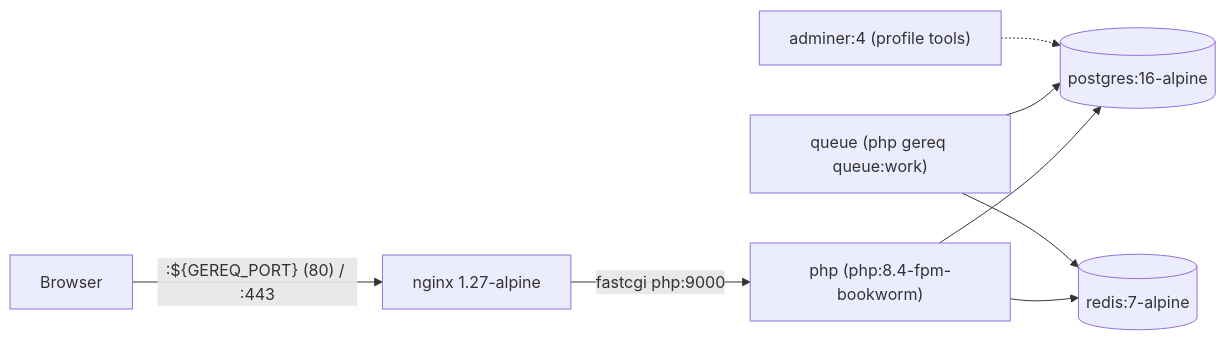
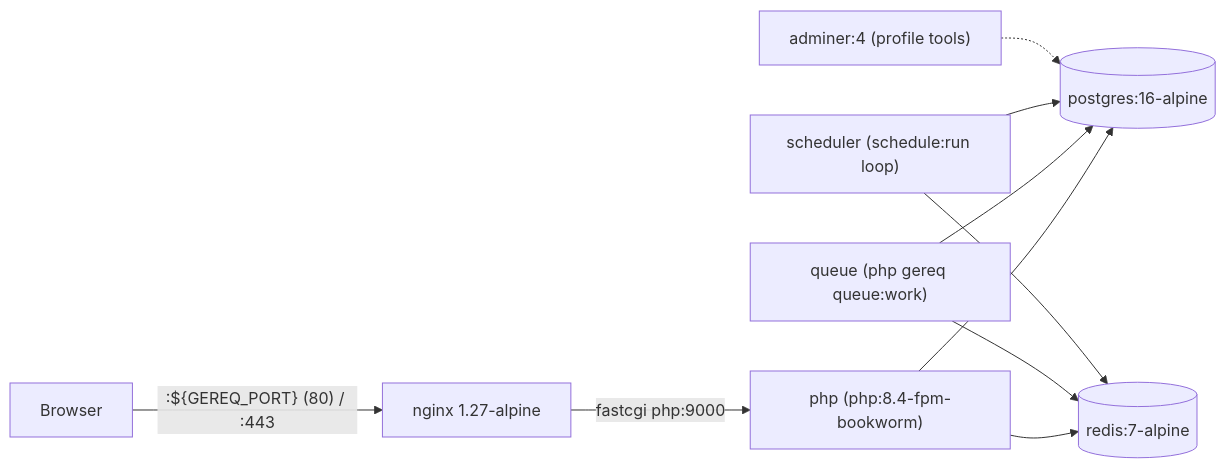
Before and after one commit to ywnzo/gereq-platform: the diagram in docs/infrastructure/docker.md, drawn with Mermaid. The commit also changed other lines of this file and 115 other files, not shown here.

````diff
--- a/docs/infrastructure/docker.md
+++ b/docs/infrastructure/docker.md
@@ -7,10 +7,12 @@
 ```mermaid
 flowchart LR
     B[Browser] -->|":${GEREQ_PORT} (80) / :443"| N[nginx 1.27-alpine]
     N -->|"fastcgi php:9000"| P["php (php:8.4-fpm-bookworm)"]
     P --> PG[(postgres:16-alpine)]
     P --> R[(redis:7-alpine)]
     Q["queue (php gereq queue:work)"] --> PG
     Q --> R
+    S["scheduler (schedule:run loop)"] --> PG
+    S --> R
     A["adminer:4 (profile tools)"] -.-> PG
 ```
````
